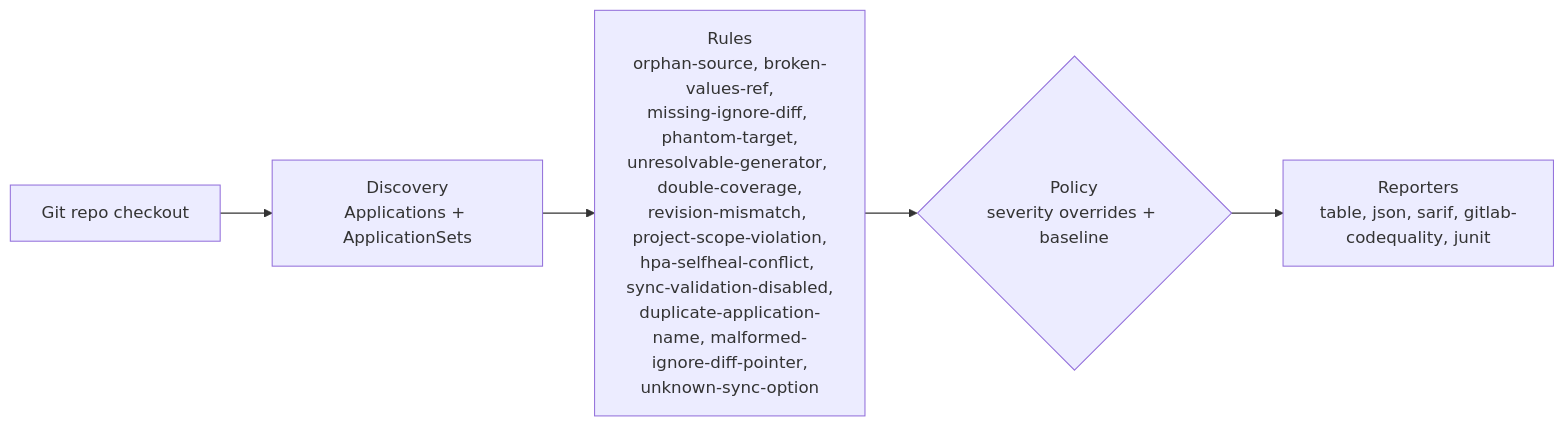
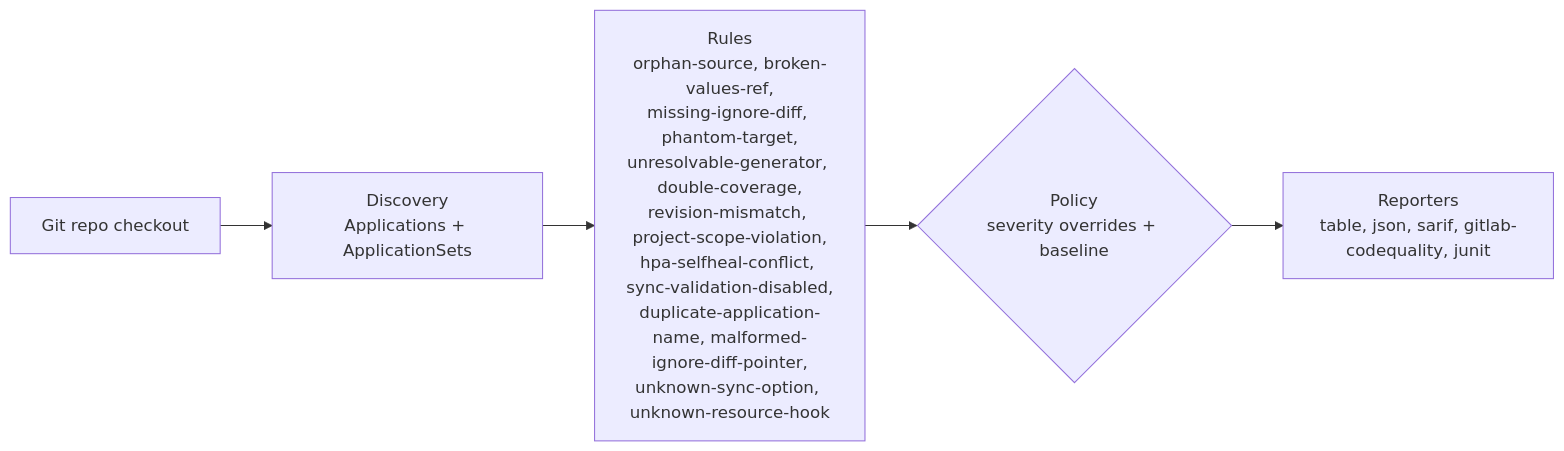
One commit to actions-marketplace-validations/gillesl-dev_argocd-source-lint changed the diagram in README.md. Above: the diagram before and after it, drawn with Mermaid. The commit also changed other lines of this file and 17 other files, not shown here.

First line of the commit message:
feat: add unknown-resource-hook rule, per-resource sync-options, Zalando signature

````diff
--- a/README.md
+++ b/README.md
@@ -74,7 +75,7 @@
 ```mermaid
 flowchart LR
     A["Git repo checkout"] --> B["Discovery<br/>Applications + ApplicationSets"]
-    B --> C["Rules<br/>orphan-source, broken-values-ref,<br/>missing-ignore-diff, phantom-target,<br/>unresolvable-generator, double-coverage,<br/>revision-mismatch, project-scope-violation,<br/>hpa-selfheal-conflict, sync-validation-disabled,<br/>duplicate-application-name, malformed-ignore-diff-pointer,<br/>unknown-sync-option"]
+    B --> C["Rules<br/>orphan-source, broken-values-ref,<br/>missing-ignore-diff, phantom-target,<br/>unresolvable-generator, double-coverage,<br/>revision-mismatch, project-scope-violation,<br/>hpa-selfheal-conflict, sync-validation-disabled,<br/>duplicate-application-name, malformed-ignore-diff-pointer,<br/>unknown-sync-option, unknown-resource-hook"]
     C --> D{"Policy<br/>severity overrides + baseline"}
     D --> E["Reporters<br/>table, json, sarif, gitlab-codequality, junit"]
 ```
````
